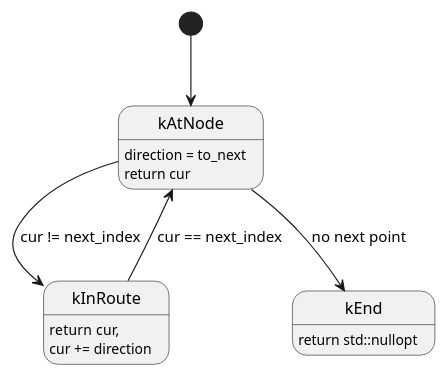
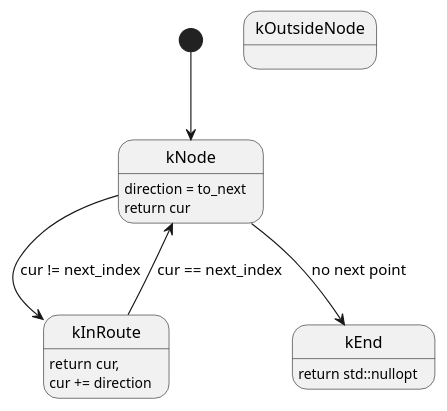
Before and after one commit to SimonKagstrom/maelir: the diagram in src/router/route_iterator_state_machine.pu, drawn with PlantUML. The commit also changed 2 other files, not shown here.

Commit message:
router: Correct route_iterator

```diff
--- a/src/router/route_iterator_state_machine.pu
+++ b/src/router/route_iterator_state_machine.pu
@@ -1,13 +1,14 @@
 @startuml
 
-state kAtNode : direction = to_next\nreturn cur
+state kNode : direction = to_next\nreturn cur
+state kOutsideNode
 state kInRoute : return cur,\ncur += direction
 state kEnd : return std::nullopt
 
-[*] --> kAtNode
-kAtNode --> kInRoute : cur != next_index
-kAtNode --> kEnd : no next point
+[*] --> kNode
+kNode --> kInRoute : cur != next_index
+kNode --> kEnd : no next point
 
-kInRoute --> kAtNode : cur == next_index
+kInRoute --> kNode : cur == next_index
 
 @enduml
```
